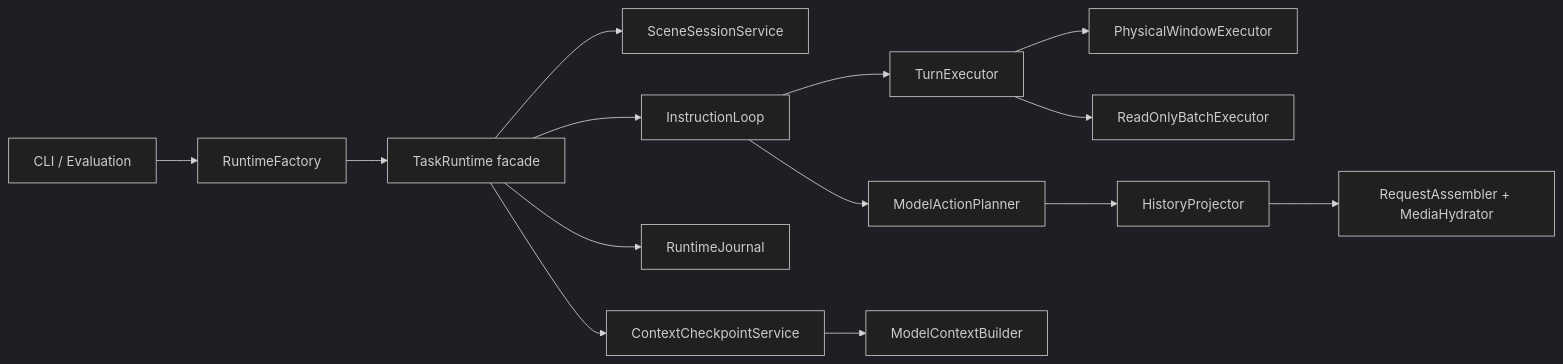
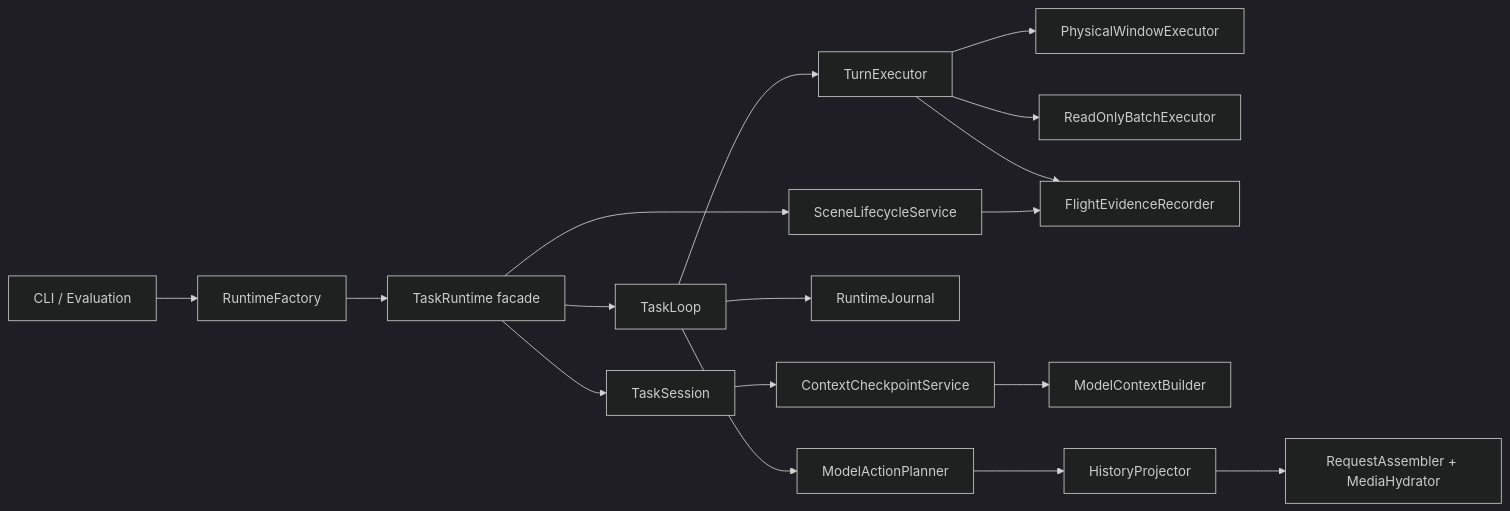
The diagram in docs/architecture.md (LZ6years/AeroPilot), drawn with Mermaid (dark theme) before and after one commit. The commit also changed other lines of this file and 10 other files, not shown here.

````diff
--- a/docs/architecture.md
+++ b/docs/architecture.md
@@ -21,16 +21,19 @@
 ```mermaid
 flowchart LR
     CLI[CLI / Evaluation] --> F[RuntimeFactory]
     F --> R[TaskRuntime facade]
-    R --> S[SceneSessionService]
-    R --> L[InstructionLoop]
+    R --> S[SceneLifecycleService]
+    R --> TS[TaskSession]
+    R --> L[TaskLoop]
     L --> T[TurnExecutor]
     T --> P[PhysicalWindowExecutor]
     T --> RO[ReadOnlyBatchExecutor]
-    R --> J[RuntimeJournal]
-    R --> C[ContextCheckpointService]
+    L --> J[RuntimeJournal]
+    TS --> C[ContextCheckpointService]
+    S --> E[FlightEvidenceRecorder]
+    T --> E
     C --> B[ModelContextBuilder]
     L --> PL[ModelActionPlanner]
     PL --> HP[HistoryProjector]
     HP --> MA[RequestAssembler + MediaHydrator]
 ```
````
